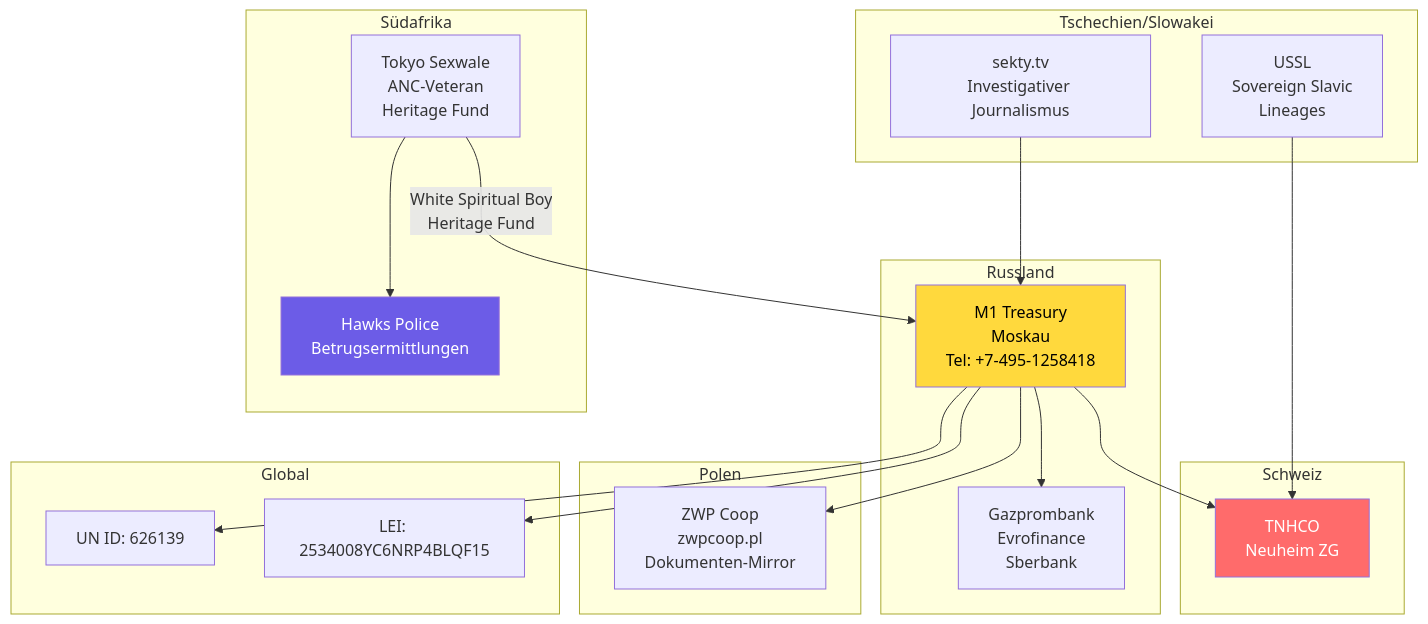
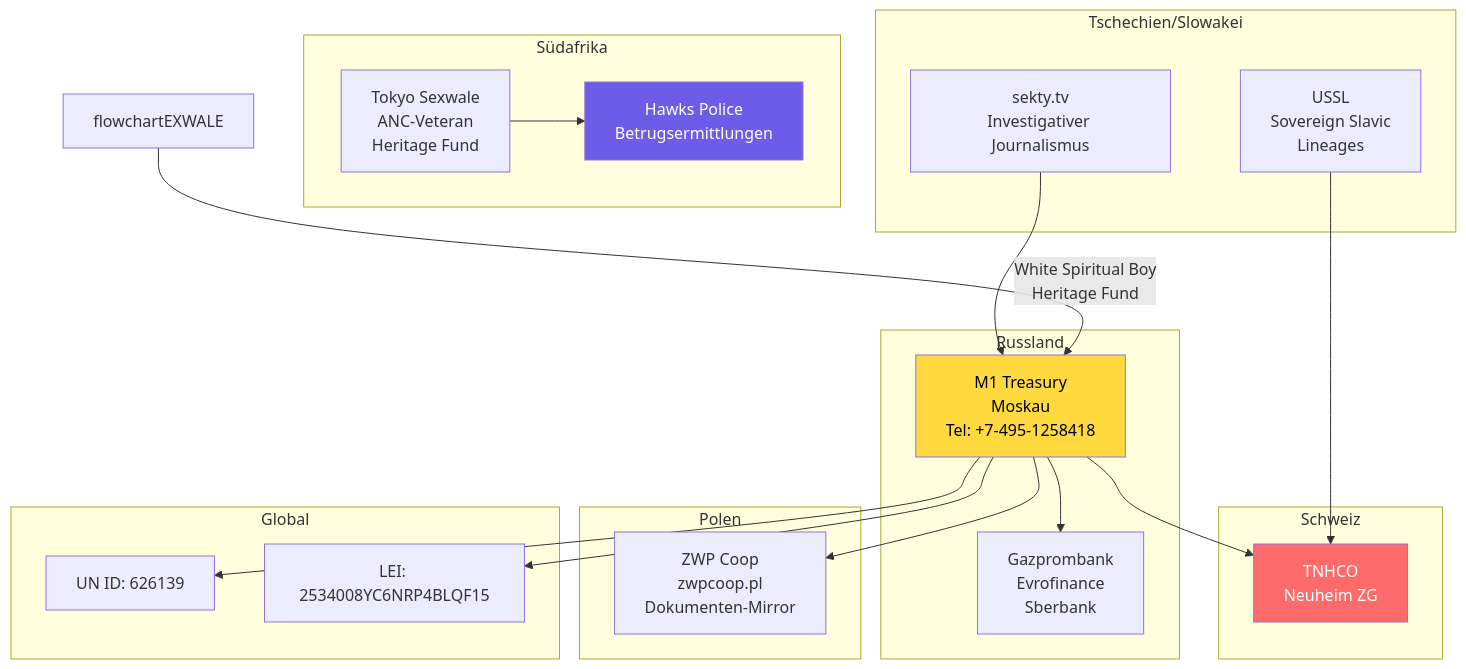
One commit to researchworldwide2026/tnhco changed the fifth of 6 diagrams in WHITE_SPIRITUAL_BOY_RESEARCH.md. Above: the diagram before and after it, drawn with Mermaid. The commit also changed other lines of this file and 10 other files, not shown here.

First line of the commit message:
fix: repair all 24 Mermaid diagrams for VS Code compatibility

````diff
--- a/WHITE_SPIRITUAL_BOY_RESEARCH.md
+++ b/WHITE_SPIRITUAL_BOY_RESEARCH.md
@@ -211,44 +225,44 @@
 ```mermaid
-graph TB
+flowchart TB
     subgraph "Schweiz"
         TNHCO_CH["TNHCO<br/>Neuheim ZG"]
     end
 
     subgraph "Russland"
         M1_RU["M1 Treasury<br/>Moskau<br/>Tel: +7-495-1258418"]
         BANKS_RU["Gazprombank<br/>Evrofinance<br/>Sberbank"]
     end
 
     subgraph "Polen"
         ZWP_PL["ZWP Coop<br/>zwpcoop.pl<br/>Dokumenten-Mirror"]
     end
 
     subgraph "Südafrika"
         SEXWALE["Tokyo Sexwale<br/>ANC-Veteran<br/>Heritage Fund"]
         HAWKS["Hawks Police<br/>Betrugsermittlungen"]
     end
 
     subgraph "Tschechien/Slowakei"
         SEKTY["sekty.tv<br/>Investigativer Journalismus"]
         USSL_SK["USSL<br/>Sovereign Slavic<br/>Lineages"]
     end
 
     subgraph "Global"
         UN["UN ID: 626139"]
         LEI["LEI: 2534008YC6NRP4BLQF15"]
     end
 
     M1_RU --> TNHCO_CH
     M1_RU --> ZWP_PL
     M1_RU --> BANKS_RU
     M1_RU --> UN
     M1_RU --> LEI
     SEXWALE --> HAWKS
-    SEXWALE -->|"White Spiritual Boy<br/>Heritage Fund"| M1_RU
+flowchartEXWALE -->|"White Spiritual Boy<br/>Heritage Fund"| M1_RU
     USSL_SK --> TNHCO_CH
     SEKTY --> M1_RU
 
     style TNHCO_CH fill:#ff6b6b,color:#fff
     style M1_RU fill:#ffd93d,color:#000
     style HAWKS fill:#6c5ce7,color:#fff
 ```
````
